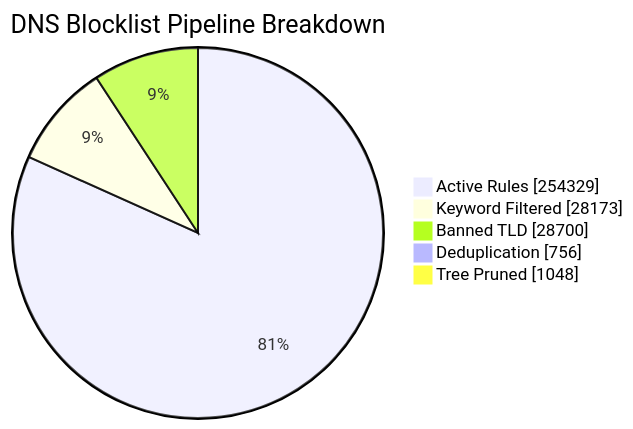
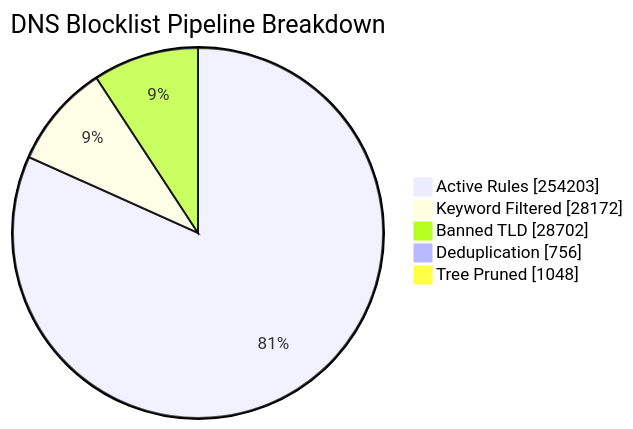
The first of 6 diagrams in README_STATS.md (brojangles24/Cloudflare-ZeroTrust-AdBlock), drawn with Mermaid before and after one commit. The commit also changed other lines of this file and 1 other file, not shown here.

````diff
--- a/README_STATS.md
+++ b/README_STATS.md
@@ -41,8 +41,8 @@
 ```mermaid
 pie showData title DNS Blocklist Pipeline Breakdown
-    "Active Rules"     : 254329
-    "Keyword Filtered" : 28173
-    "Banned TLD"       : 28700
+    "Active Rules"     : 254203
+    "Keyword Filtered" : 28172
+    "Banned TLD"       : 28702
     "Deduplication"    : 756
     "Tree Pruned"      : 1048
 ```
````
